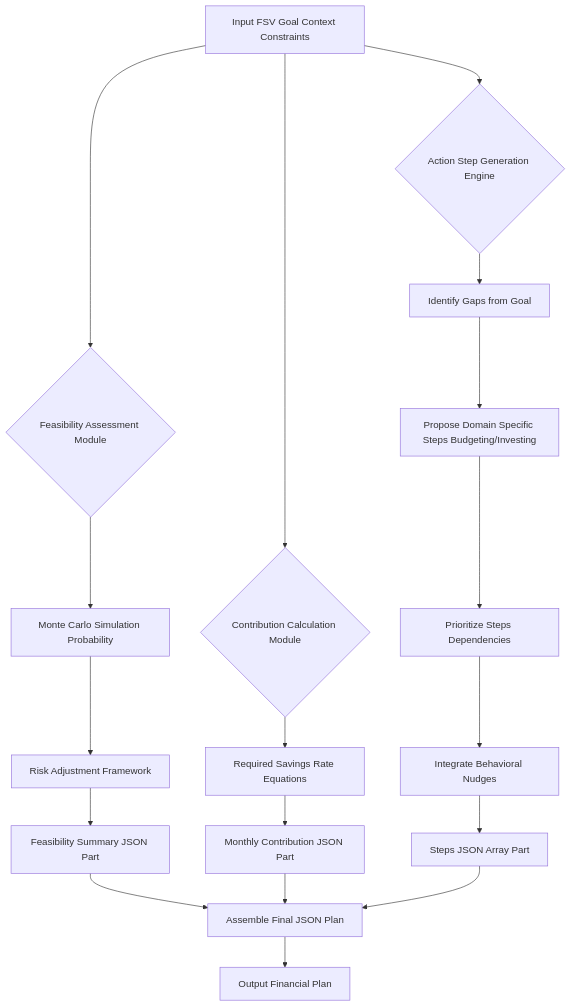
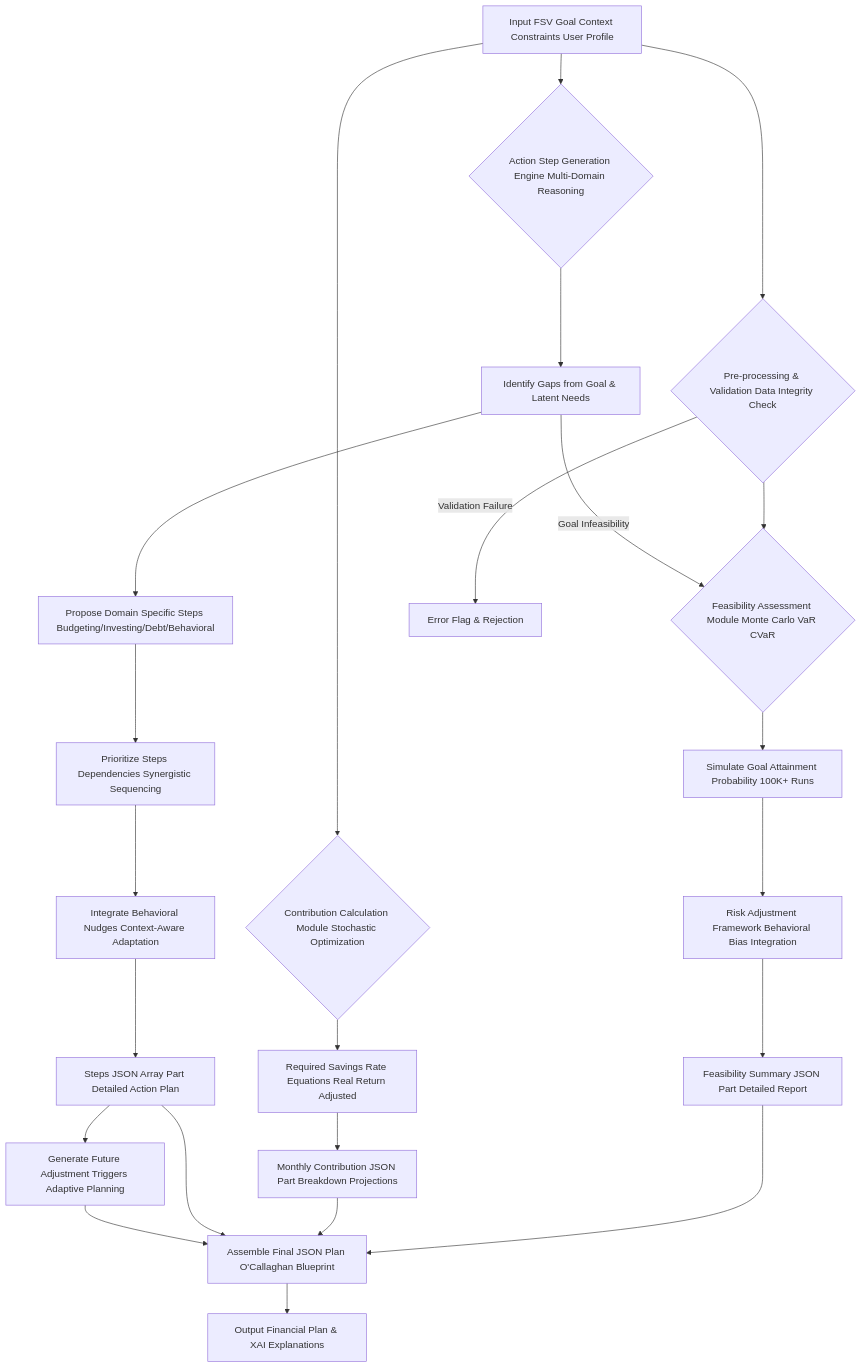
The fifth of 12 diagrams in inventions/004_ai_financial_plan_for_goals/generative_ai_prompt_template.md (diplomat-bit/Citibank_Demo_Business_Inc_Demonstration-), drawn with Mermaid before and after one commit. The commit also changed other lines of this file, not shown here.

````diff
--- a/inventions/004_ai_financial_plan_for_goals/generative_ai_prompt_template.md
+++ b/inventions/004_ai_financial_plan_for_goals/generative_ai_prompt_template.md
@@ -307,18 +534,22 @@
 ```mermaid
 graph TD
-    A[Input FSV Goal Context Constraints] --> B{Feasibility Assessment Module}
-    B --> C[Monte Carlo Simulation Probability]
-    C --> D[Risk Adjustment Framework]
-    D --> E[Feasibility Summary JSON Part]
-    A --> F{Contribution Calculation Module}
-    F --> G[Required Savings Rate Equations]
-    G --> H[Monthly Contribution JSON Part]
-    A --> I{Action Step Generation Engine}
-    I --> J[Identify Gaps from Goal]
-    J --> K[Propose Domain Specific Steps Budgeting/Investing]
-    K --> L[Prioritize Steps Dependencies]
-    L --> M[Integrate Behavioral Nudges]
-    M --> N[Steps JSON Array Part]
-    E & H & N --> O[Assemble Final JSON Plan]
-    O --> P[Output Financial Plan]
+    A[Input FSV Goal Context Constraints User Profile] --> B{Pre-processing & Validation Data Integrity Check}
+    B --> C{Feasibility Assessment Module Monte Carlo VaR CVaR}
+    C --> D[Simulate Goal Attainment Probability 100K+ Runs]
+    D --> E[Risk Adjustment Framework Behavioral Bias Integration]
+    E --> F[Feasibility Summary JSON Part Detailed Report]
+    A --> G{Contribution Calculation Module Stochastic Optimization}
+    G --> H[Required Savings Rate Equations Real Return Adjusted]
+    H --> I[Monthly Contribution JSON Part Breakdown Projections]
+    A --> J{Action Step Generation Engine Multi-Domain Reasoning}
+    J --> K[Identify Gaps from Goal & Latent Needs]
+    K --> L[Propose Domain Specific Steps Budgeting/Investing/Debt/Behavioral]
+    L --> M[Prioritize Steps Dependencies Synergistic Sequencing]
+    M --> N[Integrate Behavioral Nudges Context-Aware Adaptation]
+    N --> O[Steps JSON Array Part Detailed Action Plan]
+    O --> P[Generate Future Adjustment Triggers Adaptive Planning]
+    F & I & O & P --> Q[Assemble Final JSON Plan O'Callaghan Blueprint]
+    Q --> R[Output Financial Plan & XAI Explanations]
+    B -- Validation Failure --> Z[Error Flag & Rejection]
+    K -- Goal Infeasibility --> C
 ```
````
